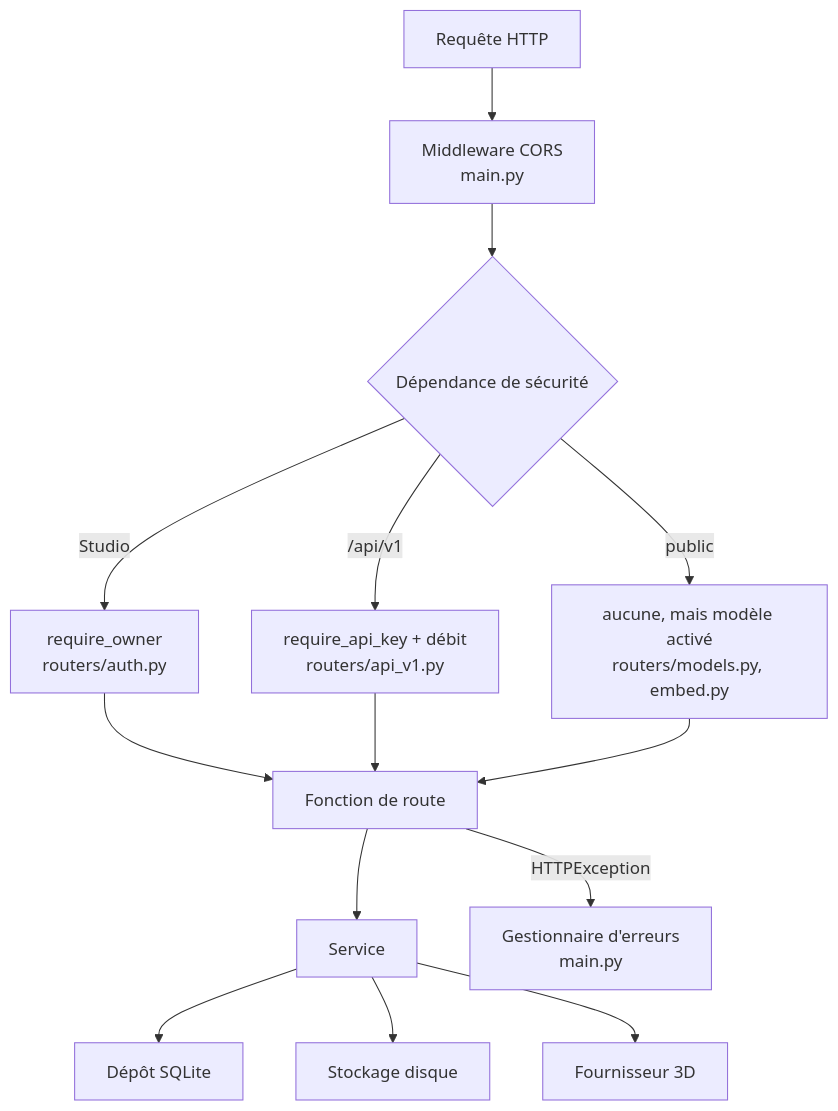
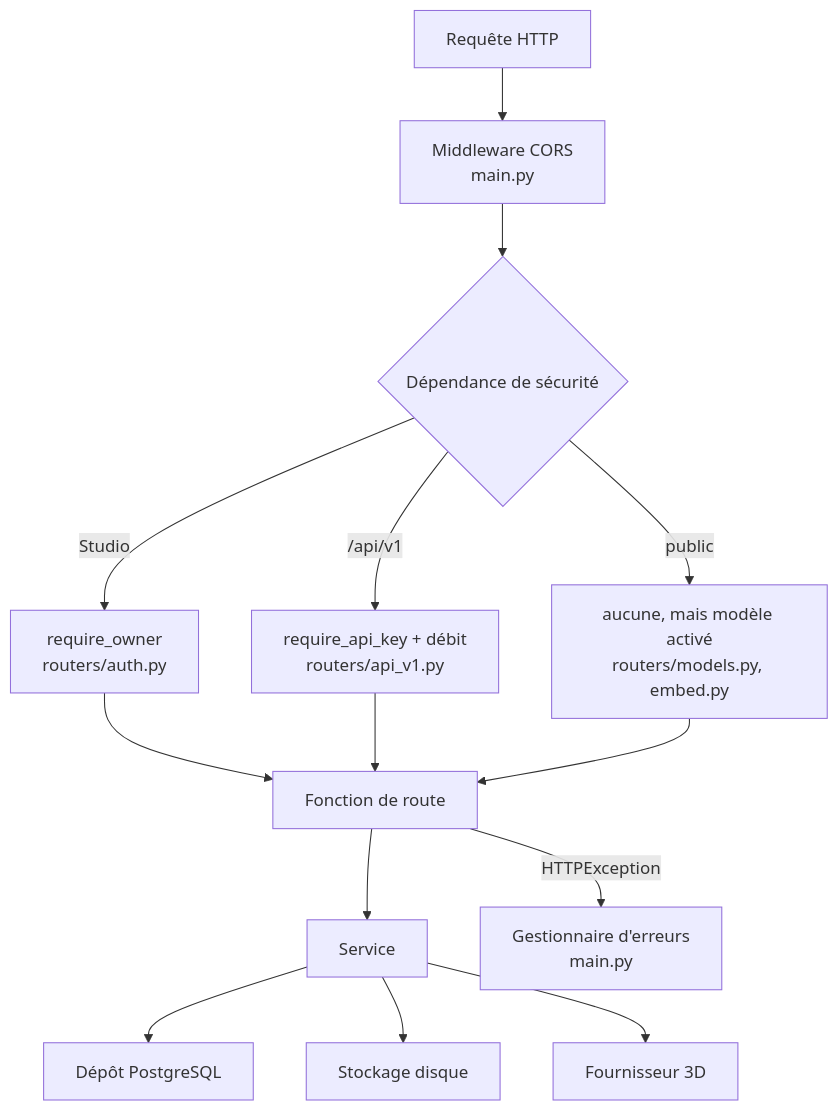
Diagram 20 of 22 in docs/COMPRENDRE-FORMA3D.md (Yas-sin-e/forma3d-kit), drawn with Mermaid before and after one commit. The commit also changed other lines of this file, not shown here.

Commit message:
docs: update code explanation guide for PostgreSQL

````diff
--- a/docs/COMPRENDRE-FORMA3D.md
+++ b/docs/COMPRENDRE-FORMA3D.md
@@ -1661,16 +1686,16 @@
 ```mermaid
 flowchart TD
     REQ["Requête HTTP"] --> MW["Middleware CORS<br/>main.py"]
     MW --> DEP{"Dépendance de sécurité"}
     DEP -->|Studio| RO["require_owner<br/>routers/auth.py"]
     DEP -->|/api/v1| RK["require_api_key + débit<br/>routers/api_v1.py"]
     DEP -->|public| PUB["aucune, mais modèle activé<br/>routers/models.py, embed.py"]
     RO --> ROUTE["Fonction de route"]
     RK --> ROUTE
     PUB --> ROUTE
     ROUTE --> SVC["Service"]
-    SVC --> REPO["Dépôt SQLite"]
+    SVC --> REPO["Dépôt PostgreSQL"]
     SVC --> STO["Stockage disque"]
     SVC --> PROV["Fournisseur 3D"]
     ROUTE -->|HTTPException| EH["Gestionnaire d'erreurs<br/>main.py"]
 ```
````
